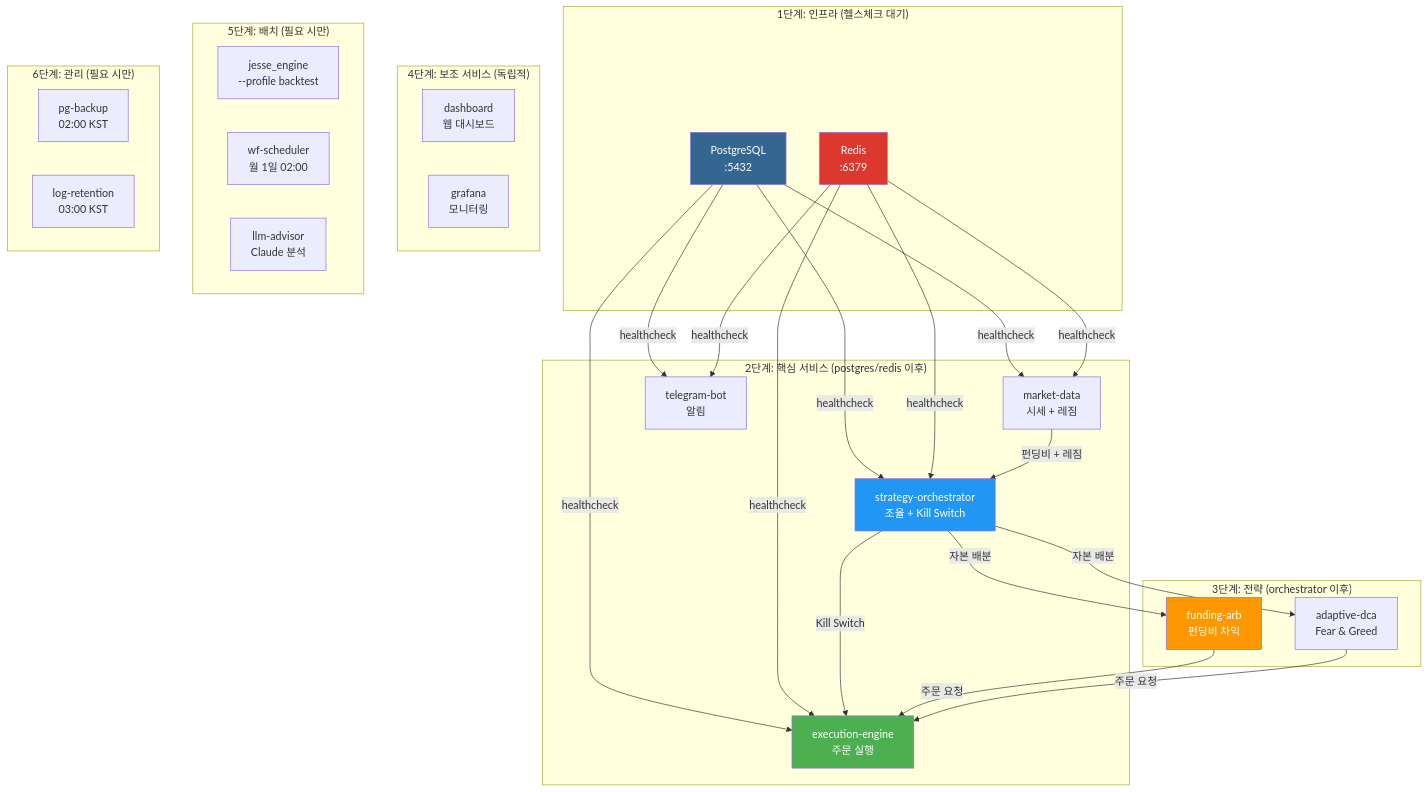
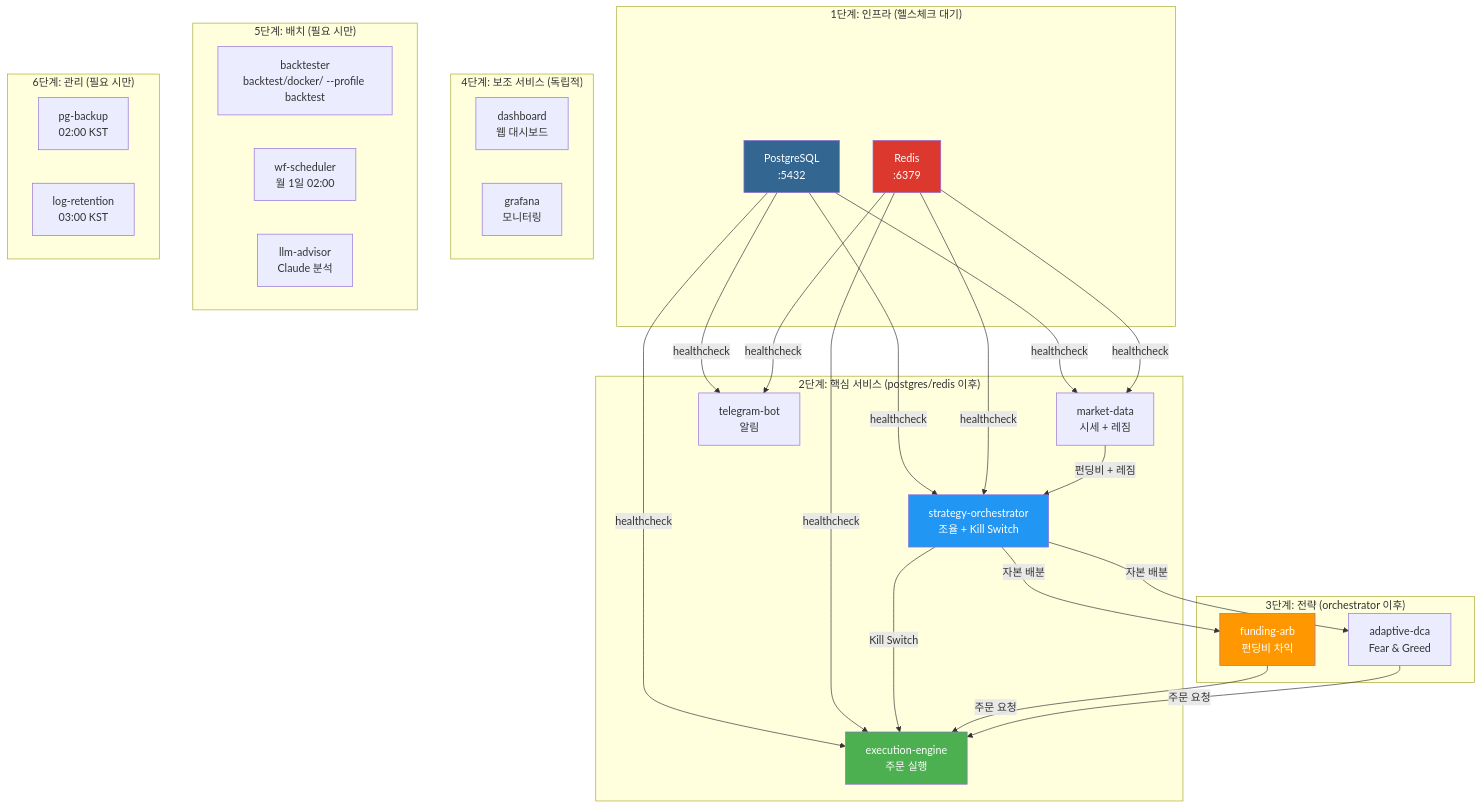
One commit to Justant-source/Bit-Mania changed the diagram in docs/env/docker.md. Above: the diagram before and after it, drawn with Mermaid. The commit also changed other lines of this file and 10 other files, not shown here.

First line of the commit message:
docs: update stale jesse_engine paths to backtest/ tree

````diff
--- a/docs/env/docker.md
+++ b/docs/env/docker.md
@@ -136,58 +136,58 @@
 ```mermaid
 graph TD
     subgraph infra["1단계: 인프라 (헬스체크 대기)"]
         PG["PostgreSQL<br>:5432"]
         RD["Redis<br>:6379"]
     end
 
     subgraph core["2단계: 핵심 서비스 (postgres/redis 이후)"]
         MD["market-data<br>시세 + 레짐"]
         ENG["execution-engine<br>주문 실행"]
         ORC["strategy-orchestrator<br>조율 + Kill Switch"]
         TG["telegram-bot<br>알림"]
     end
 
     subgraph strategy["3단계: 전략 (orchestrator 이후)"]
         FA["funding-arb<br>펀딩비 차익"]
         DCA["adaptive-dca<br>Fear & Greed"]
     end
 
     subgraph aux["4단계: 보조 서비스 (독립적)"]
         DASH["dashboard<br>웹 대시보드"]
         GF["grafana<br>모니터링"]
     end
 
     subgraph batch["5단계: 배치 (필요 시만)"]
-        JE["jesse_engine<br>--profile backtest"]
+        JE["backtester<br>backtest/docker/ --profile backtest"]
         WF["wf-scheduler<br>월 1일 02:00"]
         LLM["llm-advisor<br>Claude 분석"]
     end
 
     subgraph mgmt["6단계: 관리 (필요 시만)"]
         PGB["pg-backup<br>02:00 KST"]
         LR["log-retention<br>03:00 KST"]
     end
 
     PG -->|"healthcheck"| MD
     PG -->|"healthcheck"| ENG
     PG -->|"healthcheck"| ORC
     PG -->|"healthcheck"| TG
     RD -->|"healthcheck"| MD
     RD -->|"healthcheck"| ENG
     RD -->|"healthcheck"| ORC
     RD -->|"healthcheck"| TG
 
     MD -->|"펀딩비 + 레짐"| ORC
     ORC -->|"자본 배분"| FA
     ORC -->|"자본 배분"| DCA
     ORC -->|"Kill Switch"| ENG
 
     FA -->|"주문 요청"| ENG
     DCA -->|"주문 요청"| ENG
 
     style PG fill:#336791,color:#fff
     style RD fill:#dc382d,color:#fff
     style FA fill:#ff9800,color:#fff
     style ENG fill:#4caf50,color:#fff
     style ORC fill:#2196f3,color:#fff
 ```
````
